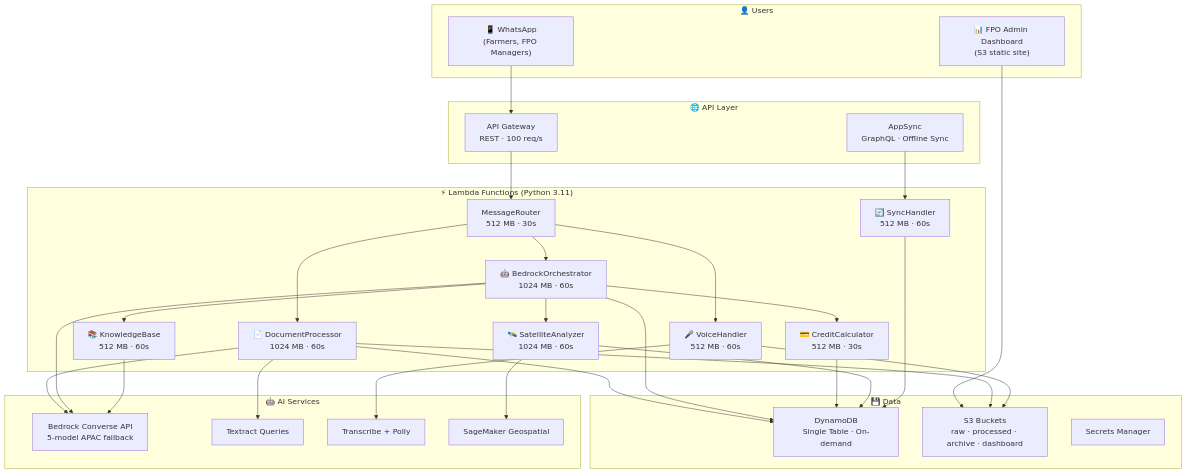
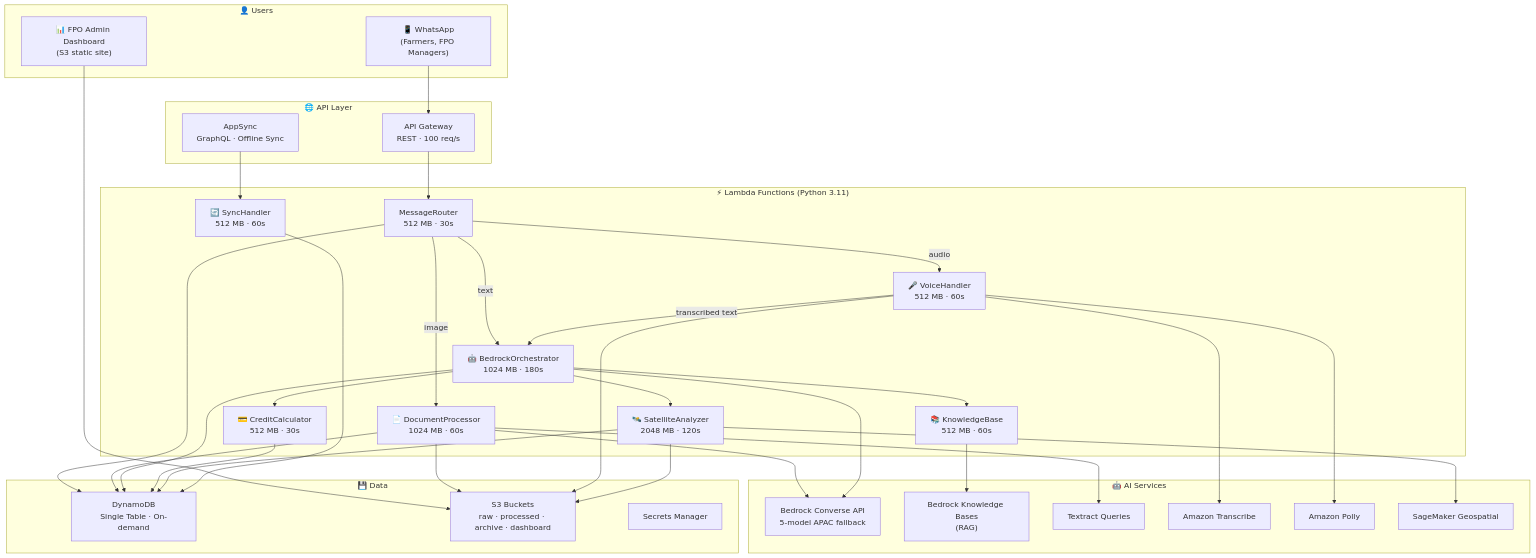
One commit to hackergod00001/Kisan-Setu changed the first of 2 diagrams in README.md. Above: the diagram before and after it, drawn with Mermaid. The commit also changed other lines of this file and 1260 other files, not shown here.

First line of the commit message:
WIP: Architecture fixes and improvements for Phase 0

````diff
--- a/README.md
+++ b/README.md
@@ -24,49 +24,54 @@
 ```mermaid
 graph TB
     subgraph Users["👤 Users"]
         WA["📱 WhatsApp<br/>(Farmers, FPO Managers)"]
         DASH["📊 FPO Admin Dashboard<br/>(S3 static site)"]
     end
 
     subgraph API["🌐 API Layer"]
         APIGW["API Gateway<br/>REST · 100 req/s"]
         APPSYNC["AppSync<br/>GraphQL · Offline Sync"]
     end
 
     subgraph Compute["⚡ Lambda Functions (Python 3.11)"]
         ROUTER["MessageRouter<br/>512 MB · 30s"]
         DOC["📄 DocumentProcessor<br/>1024 MB · 60s"]
         VOICE["🎤 VoiceHandler<br/>512 MB · 60s"]
-        ORCH["🤖 BedrockOrchestrator<br/>1024 MB · 60s"]
+        ORCH["🤖 BedrockOrchestrator<br/>1024 MB · 180s"]
         CREDIT["💳 CreditCalculator<br/>512 MB · 30s"]
-        SAT["🛰️ SatelliteAnalyzer<br/>1024 MB · 60s"]
+        SAT["🛰️ SatelliteAnalyzer<br/>2048 MB · 120s"]
         KB["📚 KnowledgeBase<br/>512 MB · 60s"]
         SYNC["🔄 SyncHandler<br/>512 MB · 60s"]
     end
 
     subgraph AI["🤖 AI Services"]
         BEDROCK["Bedrock Converse API<br/>5-model APAC fallback"]
+        BKBASE["Bedrock Knowledge Bases<br/>(RAG)"]
         TEXTRACT["Textract Queries"]
-        TRANSCRIBE["Transcribe + Polly"]
+        TRANSCRIBE["Amazon Transcribe"]
+        POLLY["Amazon Polly"]
         SAGEMAKER["SageMaker Geospatial"]
     end
 
     subgraph Data["💾 Data"]
         DDB["DynamoDB<br/>Single Table · On-demand"]
         S3["S3 Buckets<br/>raw · processed · archive · dashboard"]
         SECRETS["Secrets Manager"]
     end
 
     WA --> APIGW --> ROUTER
     DASH --> S3
     APPSYNC --> SYNC
-    ROUTER --> DOC & VOICE & ORCH
+    ROUTER -->|"image"| DOC
+    ROUTER -->|"audio"| VOICE
+    ROUTER -->|"text"| ORCH
+    VOICE -->|"transcribed text"| ORCH
     ORCH --> CREDIT & SAT & KB
     DOC --> BEDROCK & TEXTRACT
-    VOICE --> TRANSCRIBE
+    VOICE --> TRANSCRIBE & POLLY
     ORCH --> BEDROCK
-    KB --> BEDROCK
+    KB --> BKBASE
     SAT --> SAGEMAKER
-    DOC & ORCH & CREDIT & SAT & SYNC --> DDB
-    DOC & VOICE --> S3
+    ROUTER & DOC & ORCH & CREDIT & SAT & SYNC --> DDB
+    DOC & VOICE & SAT --> S3
 ```
````
